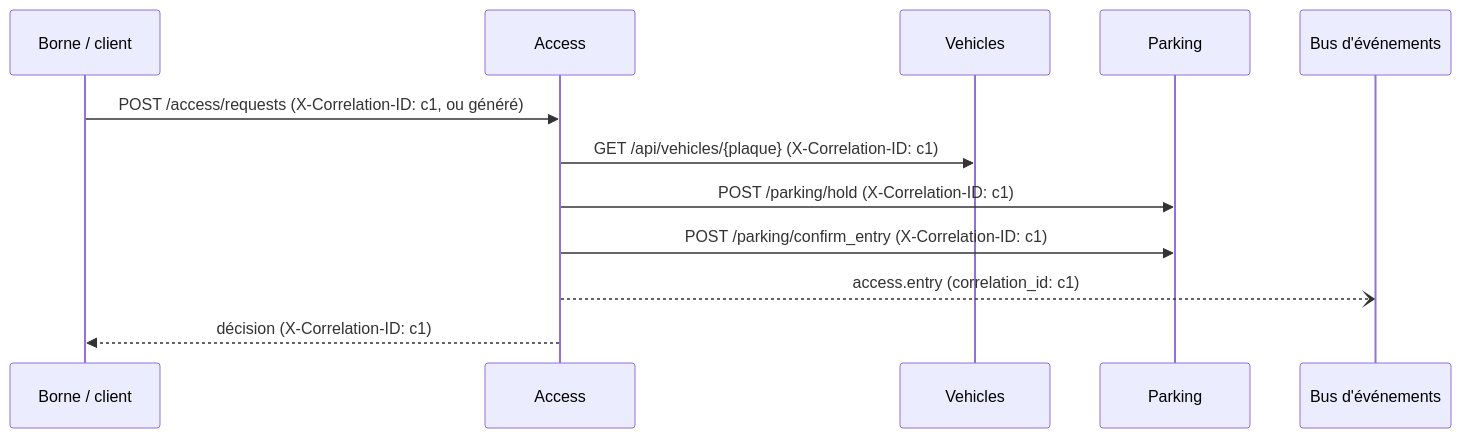
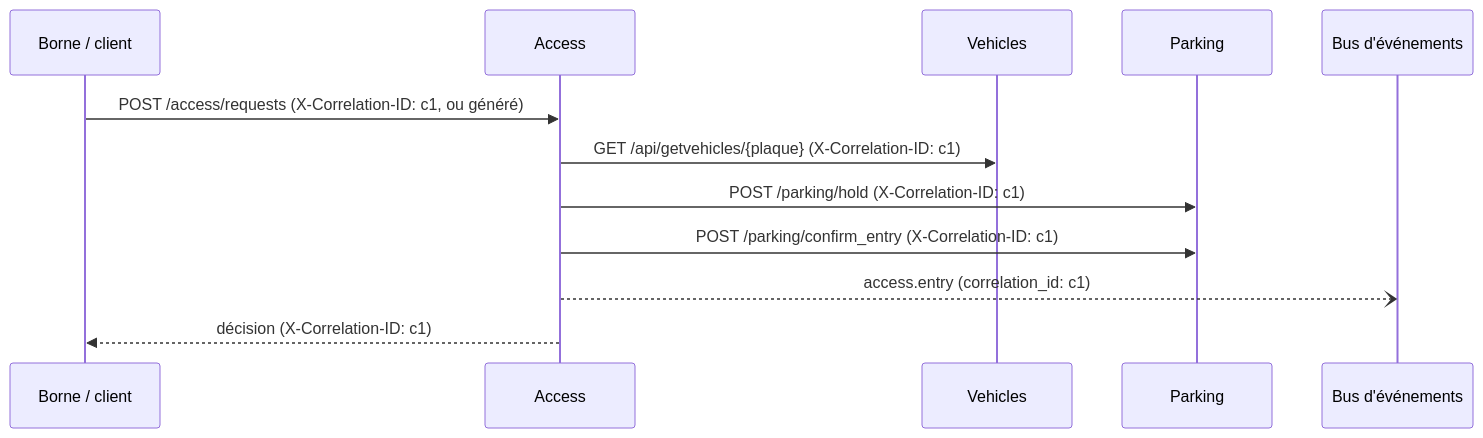
The diagram in docs/REVUE.md (DenisDMU/access-parking), drawn with Mermaid before and after one commit. The commit also changed other lines of this file and 9 other files, not shown here.

````diff
--- a/docs/REVUE.md
+++ b/docs/REVUE.md
@@ -139,14 +139,14 @@
 ```mermaid
 sequenceDiagram
     participant B as Borne / client
     participant A as Access
     participant Ve as Vehicles
     participant P as Parking
     participant Bus as Bus d'événements
     B->>A: POST /access/requests (X-Correlation-ID: c1, ou généré)
-    A->>Ve: GET /api/vehicles/{plaque} (X-Correlation-ID: c1)
+    A->>Ve: GET /api/getvehicles/{plaque} (X-Correlation-ID: c1)
     A->>P: POST /parking/hold (X-Correlation-ID: c1)
     A->>P: POST /parking/confirm_entry (X-Correlation-ID: c1)
     A--)Bus: access.entry (correlation_id: c1)
     A-->>B: décision (X-Correlation-ID: c1)
 ```
````
